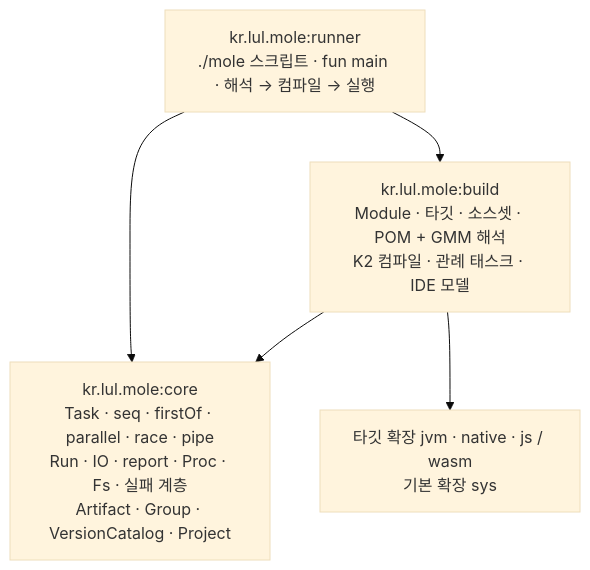
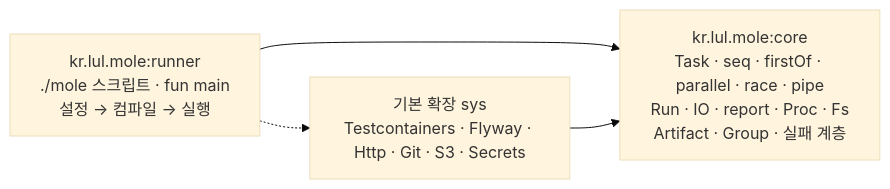
One commit to JustBurrow/JustBurrow.github.io changed the first of 2 diagrams in _posts/2026-09-21-mole-quick-start.md. Above: the diagram before and after it, drawn with Mermaid (base theme). The commit also changed other lines of this file, not shown here.

First line of the commit message:
🔥 빌드 시스템 부분을 덜어내고 태스크 자동화 런타임만 남겨 재작성.

````diff
--- a/_posts/2026-09-21-mole-quick-start.md
+++ b/_posts/2026-09-21-mole-quick-start.md
@@ -24,10 +28,6 @@
 ```mermaid
-flowchart TB
-    runner["kr.lul.mole:runner<br/>./mole 스크립트 · fun main · 해석 → 컴파일 → 실행"]
-    core["kr.lul.mole:core<br/>Task · seq · firstOf · parallel · race · pipe<br/>Run · IO · report · Proc · Fs · 실패 계층<br/>Artifact · Group · VersionCatalog · Project"]
-    build["kr.lul.mole:build<br/>Module · 타깃 · 소스셋 · POM + GMM 해석<br/>K2 컴파일 · 관례 태스크 · IDE 모델"]
-    ext["타깃 확장 jvm · native · js / wasm<br/>기본 확장 sys"]
-    runner --> core
-    runner --> build --> core
-    build --> ext
+flowchart LR
+    runner["kr.lul.mole:runner<br/>./mole 스크립트 · fun main<br/>설정 → 컴파일 → 실행"] --> core["kr.lul.mole:core<br/>Task · seq · firstOf · parallel · race · pipe<br/>Run · IO · report · Proc · Fs<br/>Artifact · Group · 실패 계층"]
+    ext["기본 확장 sys<br/>Testcontainers · Flyway · Http · Git · S3 · Secrets"] --> core
+    runner -.-> ext
 ```
````
